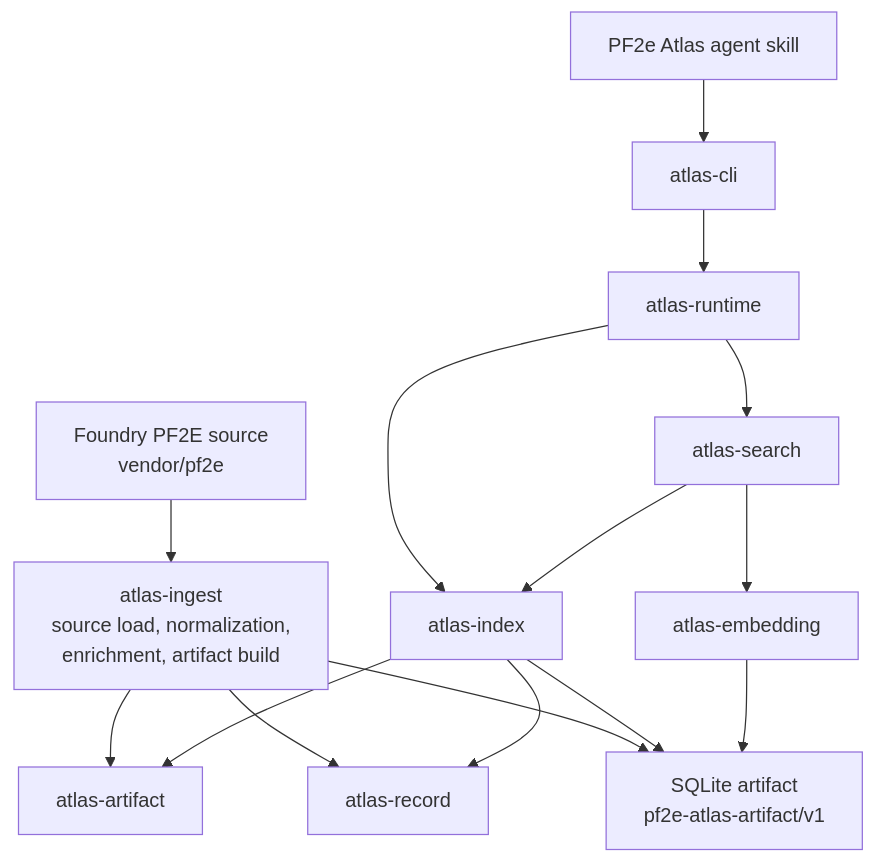
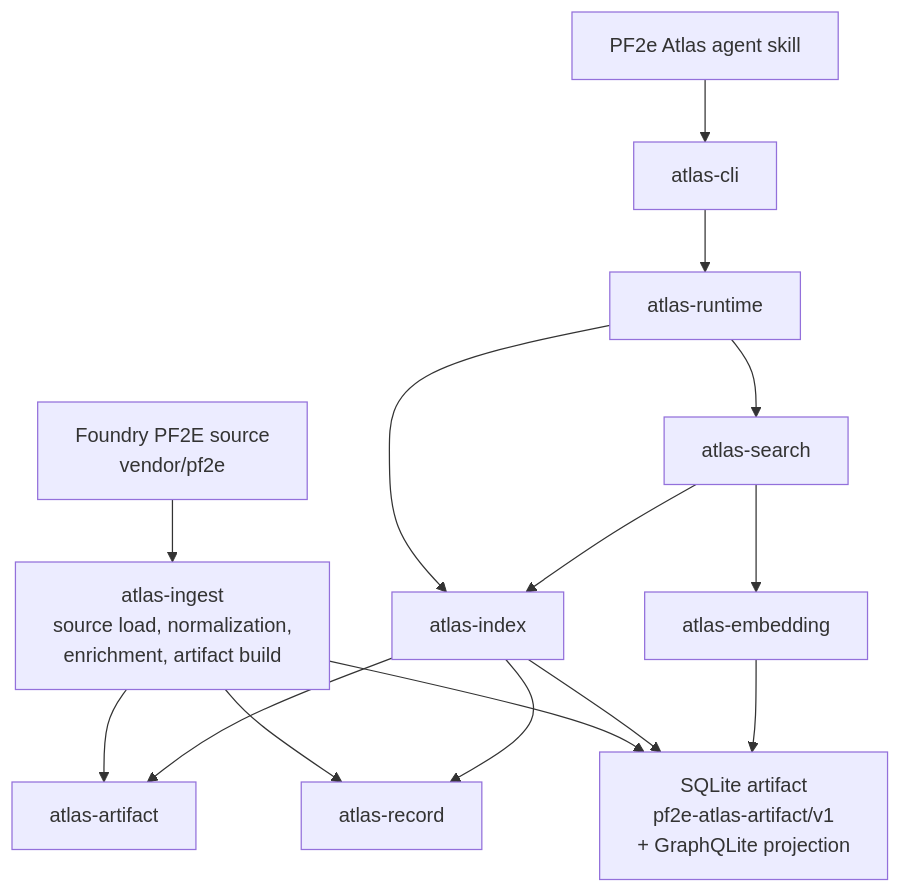
Before and after one commit to e-kosten/pf2e-atlas: the diagram in docs/architecture/overview.md, drawn with Mermaid. The commit also changed other lines of this file and 18 other files, not shown here.

Commit message:
feat: add graphqlite graph projection spike

````diff
--- a/docs/architecture/overview.md
+++ b/docs/architecture/overview.md
@@ -29,18 +29,18 @@
 ```mermaid
 flowchart TD
     pf2e["Foundry PF2E source<br/>vendor/pf2e"] --> ingest["atlas-ingest<br/>source load, normalization,<br/>enrichment, artifact build"]
-    ingest --> artifactDb["SQLite artifact<br/>pf2e-atlas-artifact/v1"]
+    ingest --> artifactDb["SQLite artifact<br/>pf2e-atlas-artifact/v1<br/>+ GraphQLite projection"]
 
     skill["PF2e Atlas agent skill"] --> cli["atlas-cli"]
     cli --> runtime["atlas-runtime"]
     runtime --> search["atlas-search"]
     runtime --> index["atlas-index"]
     search --> index
     search --> embedding["atlas-embedding"]
     index --> artifactDb
     embedding --> artifactDb
     ingest --> record["atlas-record"]
     ingest --> artifact["atlas-artifact"]
     index --> record
     index --> artifact
 ```
````
